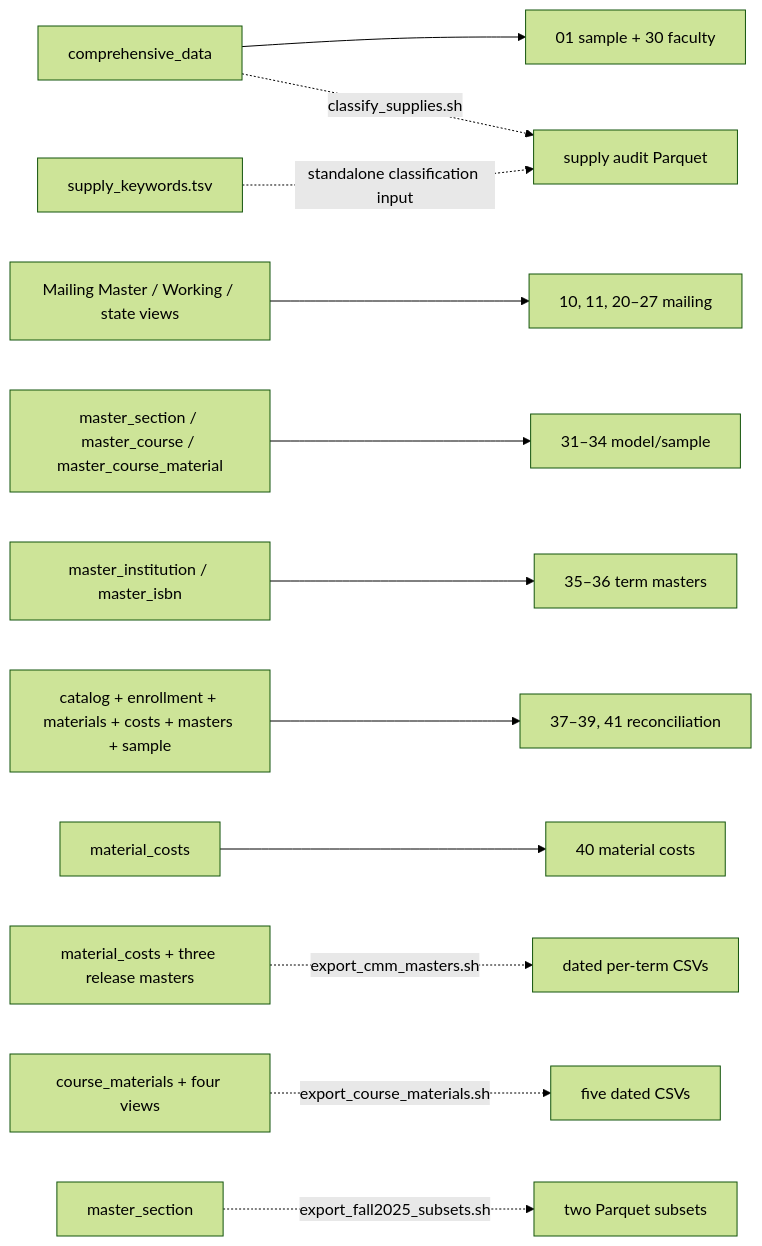
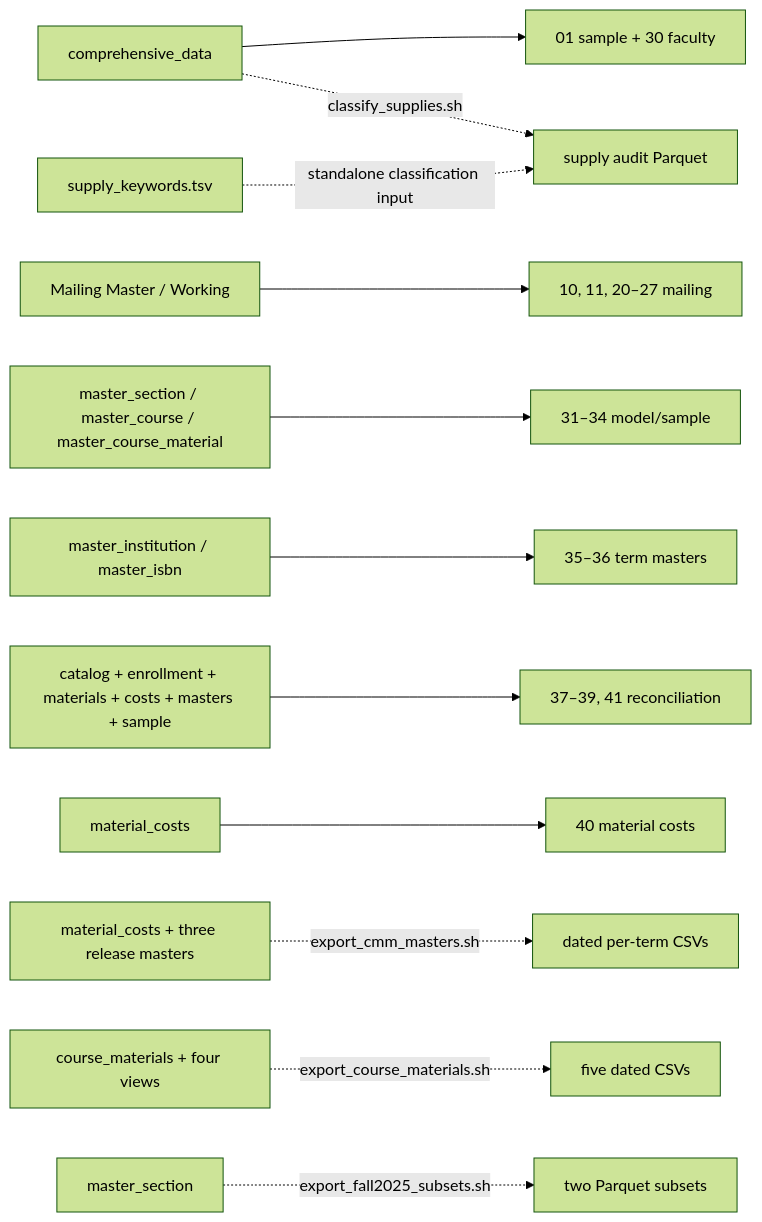
One commit to christopherseaman/commodoreSQL changed the third of 3 diagrams in SCHEMA.md. Above: the diagram before and after it, drawn with Mermaid (forest theme). The commit also changed other lines of this file and 39 other files, not shown here.

Commit message:
refactor: align database with current flow

````diff
--- a/SCHEMA.md
+++ b/SCHEMA.md
@@ -223,15 +245,15 @@
 ```mermaid
 flowchart LR
     comprehensive["comprehensive_data"] --> raw["01 sample + 30 faculty"]
-    mailing["Mailing Master / Working / state views"] --> mail["10, 11, 20–27 mailing"]
+    mailing["Mailing Master / Working"] --> mail["10, 11, 20–27 mailing"]
     masters["master_section / master_course / master_course_material"] --> model["31–34 model/sample"]
     termmasters["master_institution / master_isbn"] --> term["35–36 term masters"]
     canonical["catalog + enrollment + materials + costs + masters + sample"] --> checks["37–39, 41 reconciliation"]
     costs["material_costs"] --> costfile["40 material costs"]
 
     release["material_costs + three release masters"] -. "export_cmm_masters.sh" .-> releasefiles["dated per-term CSVs"]
     cm["course_materials + four views"] -. "export_course_materials.sh" .-> cmfiles["five dated CSVs"]
     ms["master_section"] -. "export_fall2025_subsets.sh" .-> subsets["two Parquet subsets"]
     comprehensive -. "classify_supplies.sh" .-> supplyaudit["supply audit Parquet"]
     supply_keywords["supply_keywords.tsv"] -. "standalone classification input" .-> supplyaudit
 ```
````
